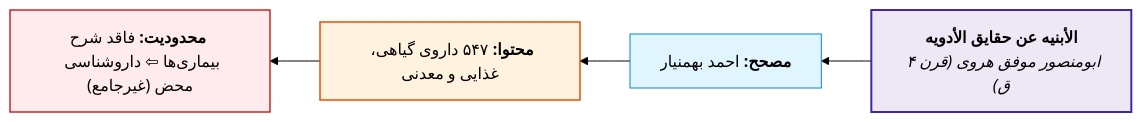
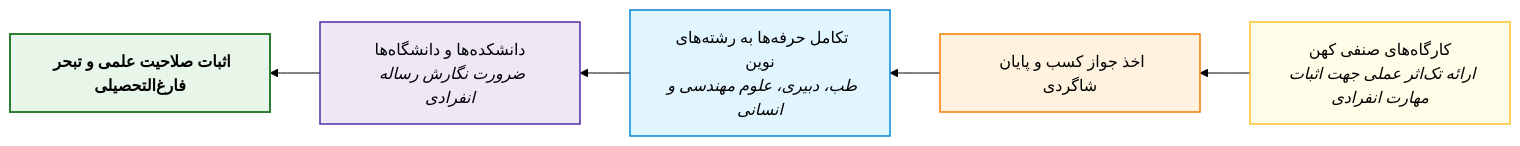
Diagram 16 of 37 in 05/ادبیات/جامع بخش 1.md (neopulse-hub/TUMS-1402-1-neo), drawn with Mermaid (forest theme) before and after one commit. The commit also changed other lines of this file, not shown here.

````diff
--- a/05/ادبیات/جامع بخش 1.md
+++ b/05/ادبیات/جامع بخش 1.md
@@ -454,12 +641,13 @@
 ```mermaid
 flowchart RL
-    A["<b>الأبنیه عن حقایق الأدویه</b><br><i>ابومنصور موفق هروی (قرن ۴ ق)</i>"]
-    --> B["<b>مصحح:</b> احمد بهمنیار"]
-    --> C["<b>محتوا:</b> ۵۴۷ داروی گیاهی، غذایی و معدنی"]
-    --> D["<b>محدودیت:</b> فاقد شرح بیماری‌ها ⇦ داروشناسی محض (غیرجامع)"]
+    A["کارگاه‌های صنفی کهن<br><i>ارائه تک‌اثر عملی جهت اثبات مهارت انفرادی</i>"] --> B["اخذ جواز کسب و پایان شاگردی"]
+    B --> C["تکامل حرفه‌ها به رشته‌های نوین<br><i>طب، دبیری، علوم مهندسی و انسانی</i>"]
+    C --> D["دانشکده‌ها و دانشگاه‌ها<br><i>ضرورت نگارش رساله انفرادی</i>"]
+    D --> E["<b>اثبات صلاحیت علمی و تبحر فارغ‌التحصیلی</b>"]
 
-    style A fill:#ede7f6,stroke:#4527a0,stroke-width:2px;
-    style B fill:#e1f5fe,stroke:#0288d1,stroke-width:1px;
-    style C fill:#fff3e0,stroke:#e65100,stroke-width:1.5px;
-    style D fill:#ffebee,stroke:#c62828,stroke-width:1.5px;
+    style A fill:#fffde7,stroke:#fbc02d,stroke-width:1.5px;
+    style B fill:#fff3e0,stroke:#f57c00,stroke-width:1.5px;
+    style C fill:#e1f5fe,stroke:#0288d1,stroke-width:1.5px;
+    style D fill:#ede7f6,stroke:#512da8,stroke-width:1.5px;
+    style E fill:#e8f5e9,stroke:#2e7d32,stroke-width:2px;
 ```
````
